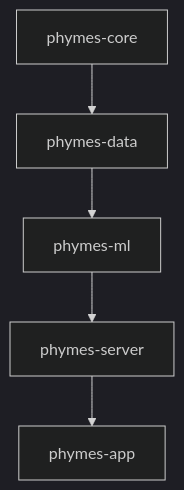
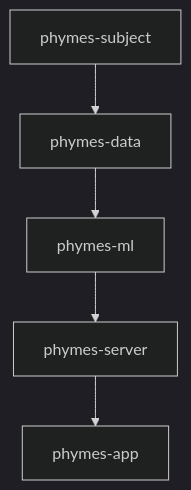
Before and after one commit to biom8er/phymes: the diagram in phymes-book/src/getting-started/README.md, drawn with Mermaid (dark theme). The commit also changed 529 other files, not shown here.

````diff
--- a/phymes-book/src/getting-started/README.md
+++ b/phymes-book/src/getting-started/README.md
@@ -5,7 +5,7 @@
 ```mermaid
 flowchart TD
-	phymes-core-->phymes-data
+	phymes-subject-->phymes-data
 	phymes-data-->phymes-ml
 	phymes-ml-->phymes-server
 	phymes-server-->phymes-app
 ```
````
